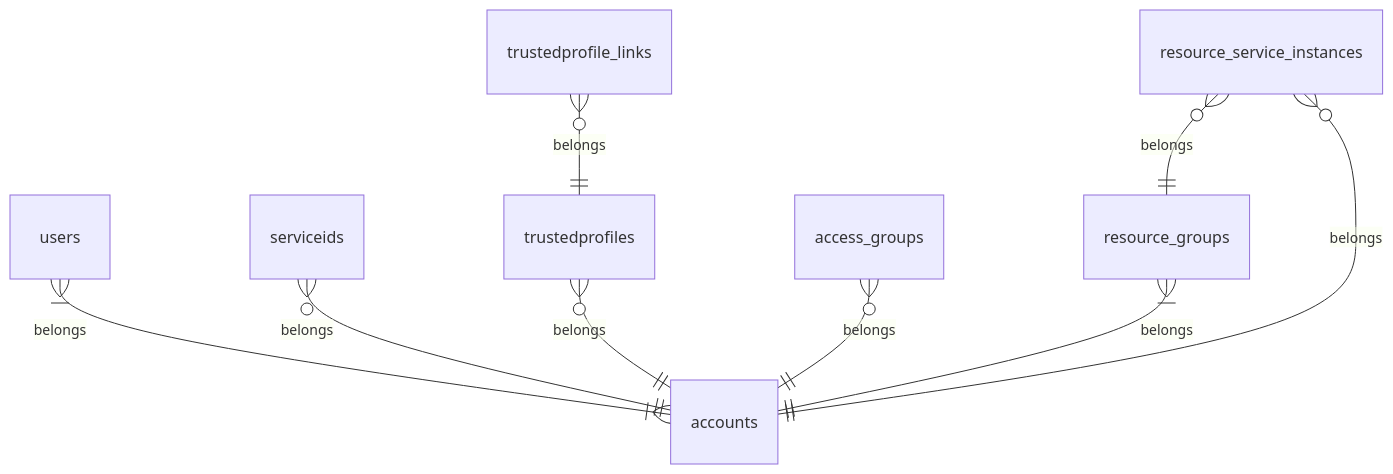
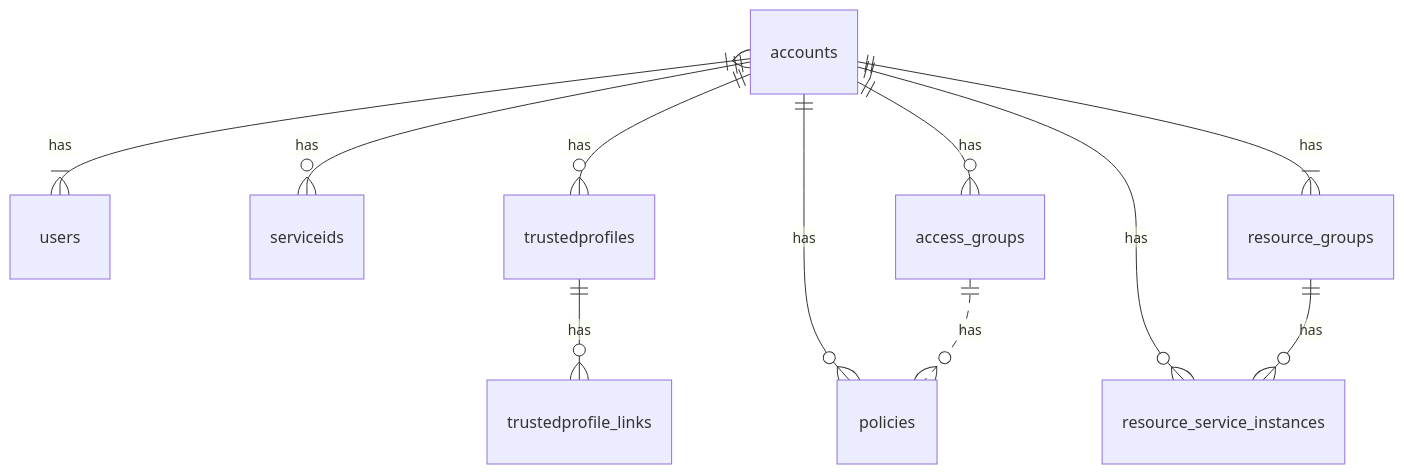
One commit to data-henrik/ibmcloud-access-management-analytics changed the diagram in README.md. Above: the diagram before and after it, drawn with Mermaid. The commit also changed other lines of this file, not shown here.

````diff
--- a/README.md
+++ b/README.md
@@ -26,11 +27,14 @@
 ```mermaid
 erDiagram
-    users }|--|{ accounts : belongs
-    serviceids }o--|| accounts : belongs
-    trustedprofiles }o--|| accounts : belongs
-    trustedprofile_links }o--|| trustedprofiles : belongs
-    access_groups }o--|| accounts : belongs
-    resource_groups }|--|| accounts : belongs
-    resource_service_instances }o--|| accounts : belongs
-    resource_service_instances }o--|| resource_groups : belongs
+    accounts }|--|{ users : has
+    accounts ||--o{ serviceids : has
+    accounts ||--o{ trustedprofiles : has
+    accounts ||--o{ access_groups : has
+    accounts ||--|{ resource_groups : has
+    accounts ||--o{ resource_service_instances : has
+    accounts ||--o{ policies : has
+    access_groups ||..o{ policies : has
+    resource_groups ||--o{ resource_service_instances : has
+    trustedprofiles ||--o{ trustedprofile_links : has
+
 ```
````
